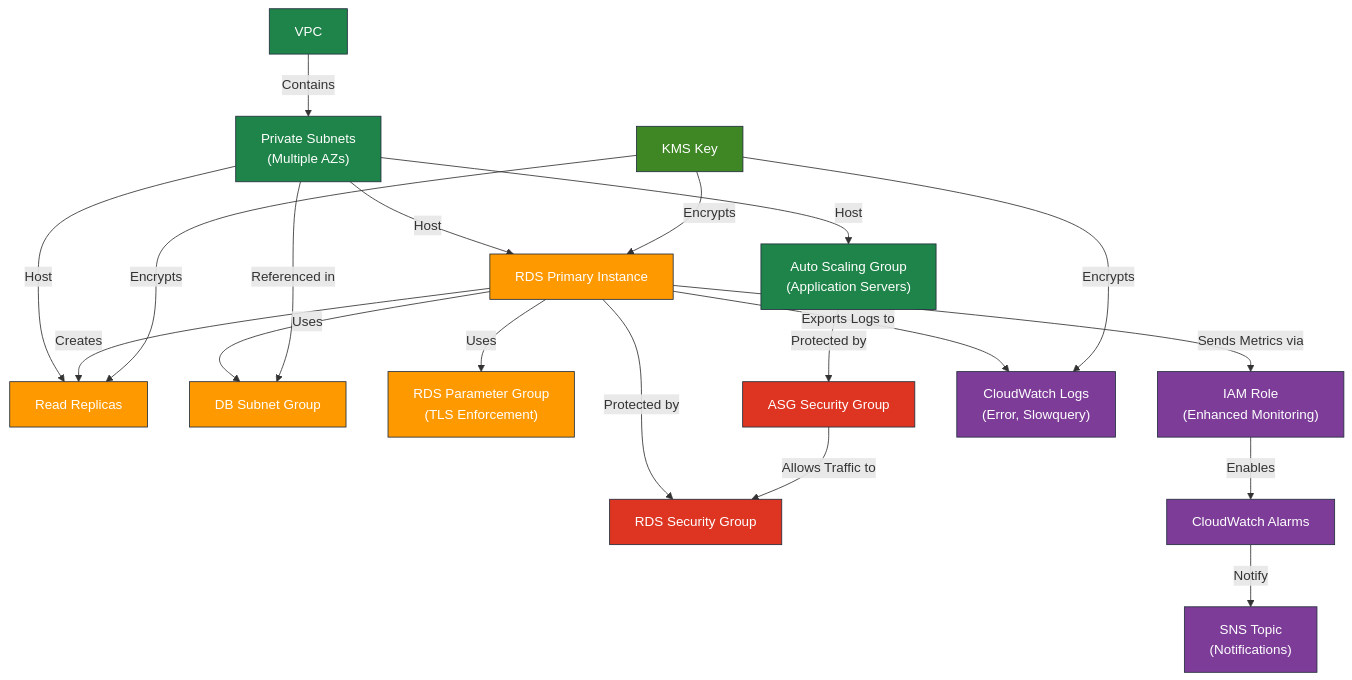
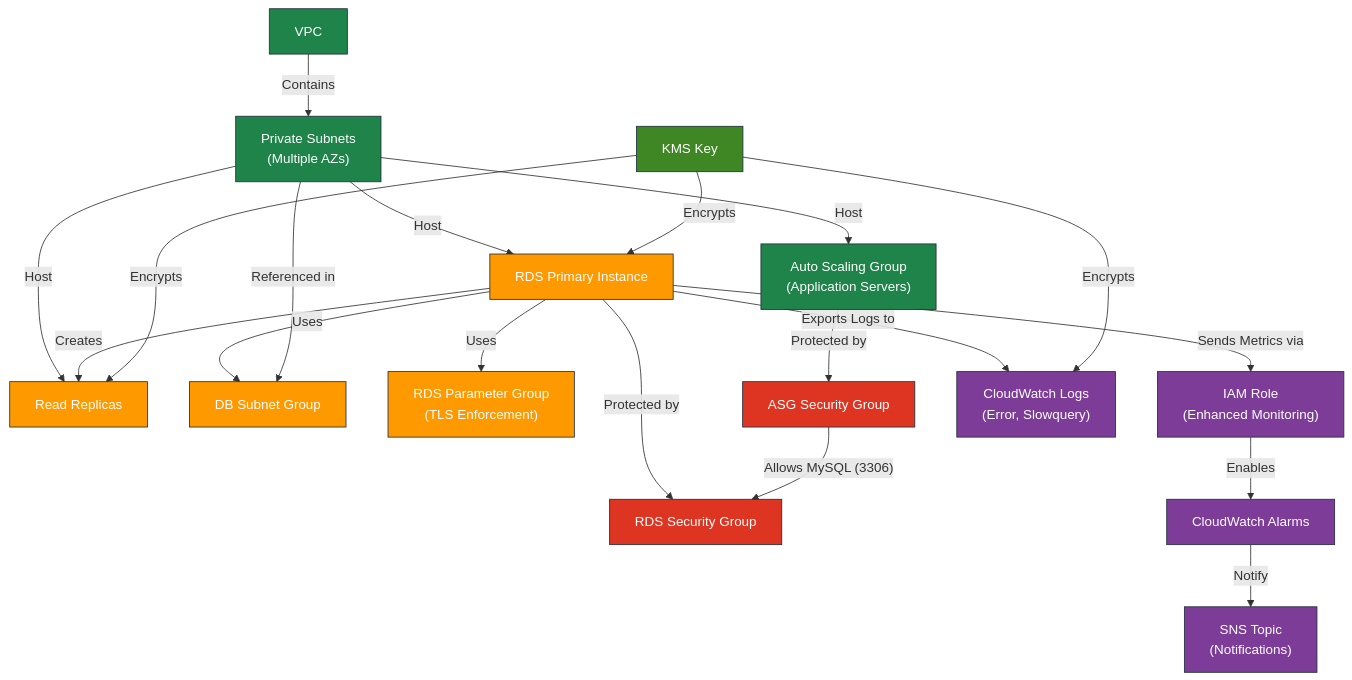
One commit to hetmanskyi-cloud/AWS changed the diagram in terraform/modules/rds/README.md. Above: the diagram before and after it, drawn with Mermaid. The commit also changed other lines of this file and 6 other files, not shown here.

````diff
--- a/terraform/modules/rds/README.md
+++ b/terraform/modules/rds/README.md
@@ -7,67 +43,67 @@
 ```mermaid
 graph TB
     %% Main RDS Components
     RDS["RDS Primary Instance"]
     Replicas["Read Replicas"]
     DBSubnetGroup["DB Subnet Group"]
     DBParamGroup["RDS Parameter Group<br>(TLS Enforcement)"]
     
     %% Security Components
     RDSSG["RDS Security Group"]
     ASGSG["ASG Security Group"]
     
     %% Monitoring Components
     IAMRole["IAM Role<br>(Enhanced Monitoring)"]
     CWLogs["CloudWatch Logs<br>(Error, Slowquery)"]
     CWAlarms["CloudWatch Alarms"]
     SNSTopic["SNS Topic<br>(Notifications)"]
     
     %% Infrastructure Components
     VPC["VPC"]
     PrivateSubnets["Private Subnets<br>(Multiple AZs)"]
     ASG["Auto Scaling Group<br>(Application Servers)"]
     
     %% Encryption Components
     KMS["KMS Key"]
     
     %% Network Structure
     VPC -->|"Contains"| PrivateSubnets
     PrivateSubnets -->|"Host"| RDS
     PrivateSubnets -->|"Host"| Replicas
     PrivateSubnets -->|"Host"| ASG
     
     %% RDS Configuration
     RDS -->|"Creates"| Replicas
     RDS -->|"Uses"| DBSubnetGroup
     RDS -->|"Uses"| DBParamGroup
     PrivateSubnets -->|"Referenced in"| DBSubnetGroup
     
     %% Security Configuration
     RDS -->|"Protected by"| RDSSG
     ASG -->|"Protected by"| ASGSG
-    ASGSG -->|"Allows Traffic to"| RDSSG
+    ASGSG -->|"Allows MySQL (3306)"| RDSSG
     
     %% Monitoring Configuration
     RDS -->|"Sends Metrics via"| IAMRole
     RDS -->|"Exports Logs to"| CWLogs
     IAMRole -->|"Enables"| CWAlarms
     CWAlarms -->|"Notify"| SNSTopic
     
     %% Encryption
     KMS -->|"Encrypts"| RDS
     KMS -->|"Encrypts"| Replicas
     KMS -->|"Encrypts"| CWLogs
     
     %% Styling
     classDef primary fill:#FF9900,stroke:#232F3E,color:white
     classDef security fill:#DD3522,stroke:#232F3E,color:white
     classDef monitoring fill:#7D3C98,stroke:#232F3E,color:white
     classDef network fill:#1E8449,stroke:#232F3E,color:white
     classDef encryption fill:#3F8624,stroke:#232F3E,color:white
     
     class RDS,Replicas,DBSubnetGroup,DBParamGroup primary
     class RDSSG,ASGSG security
     class IAMRole,CWLogs,CWAlarms,SNSTopic monitoring
     class VPC,PrivateSubnets,ASG network
     class KMS encryption
 ```
````
